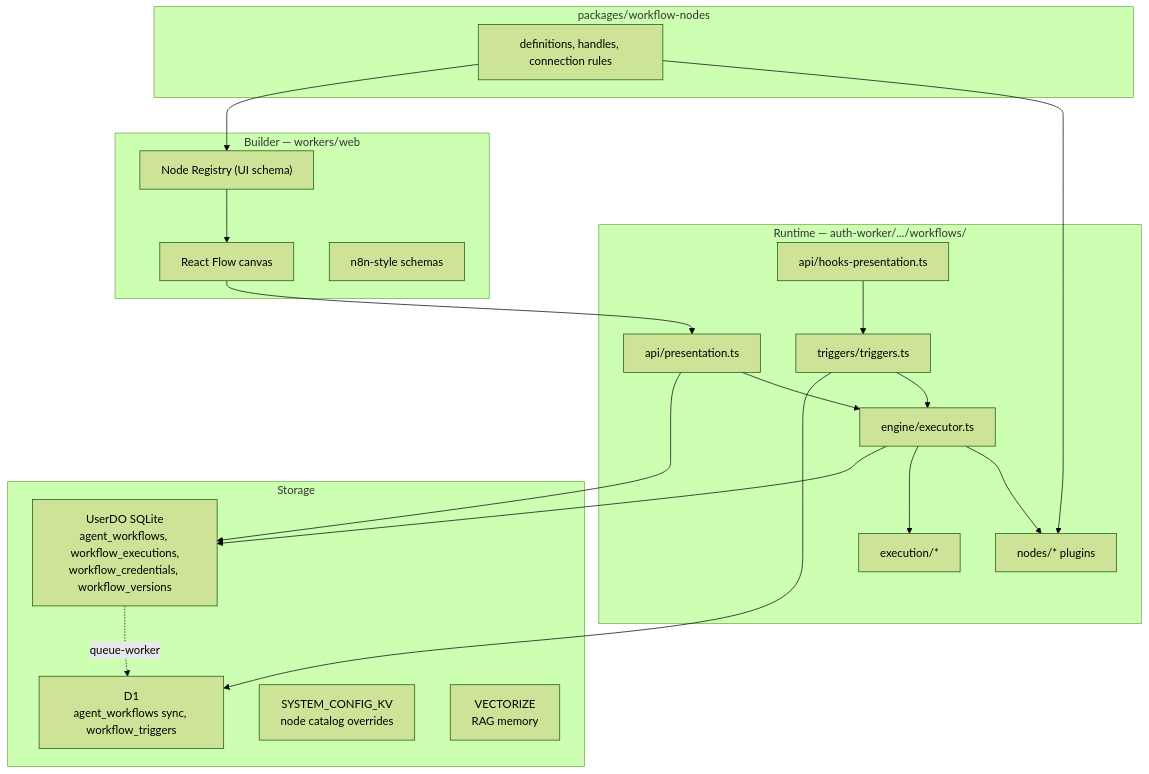
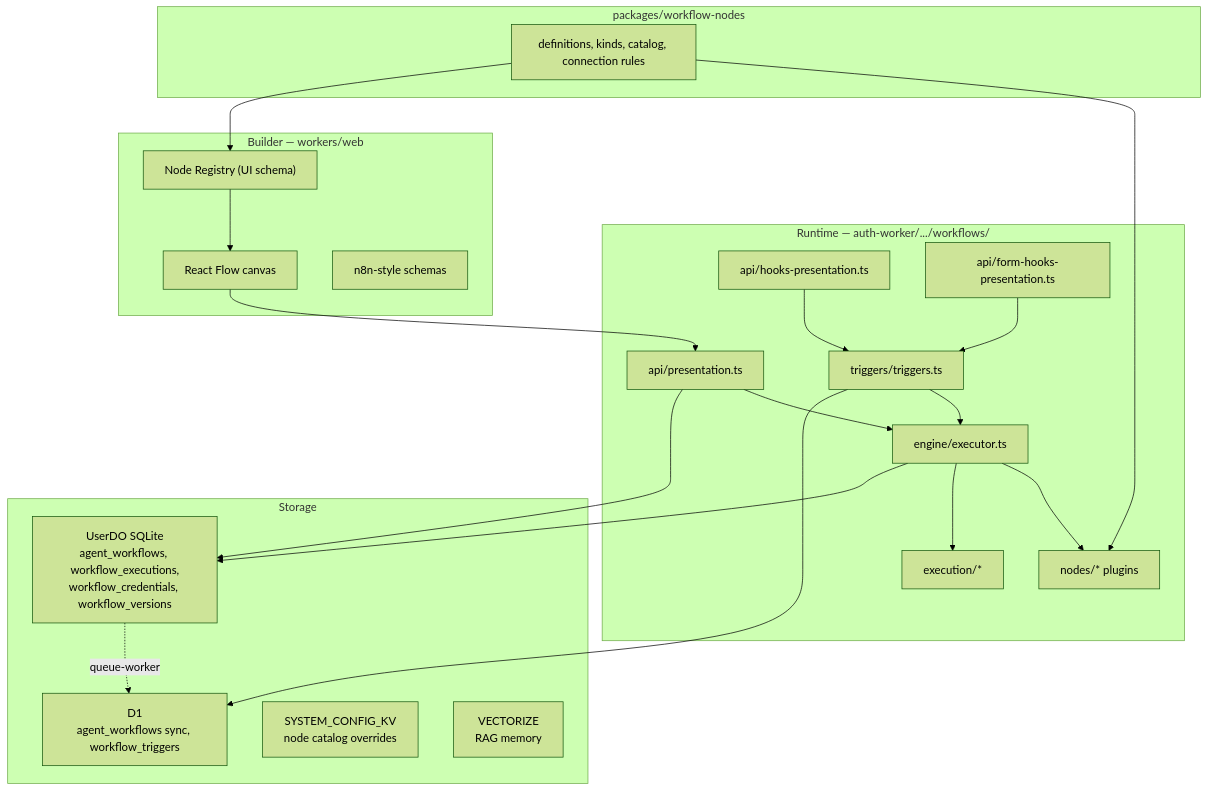
Before and after one commit to trantuan-vn/aiagents-hub: the first of 2 diagrams in docs/workflow-architecture.md, drawn with Mermaid (forest theme). The commit also changed other lines of this file and 34 other files, not shown here.

````diff
--- a/docs/workflow-architecture.md
+++ b/docs/workflow-architecture.md
@@ -54,41 +58,43 @@
 ```mermaid
 flowchart TB
   subgraph FE["Builder — workers/web"]
     Canvas["React Flow canvas"]
     Registry["Node Registry (UI schema)"]
     N8n["n8n-style schemas"]
   end
 
   subgraph Shared["packages/workflow-nodes"]
-    Defs["definitions, handles, connection rules"]
+    Defs["definitions, kinds, catalog, connection rules"]
   end
 
   subgraph BE["Runtime — auth-worker/.../workflows/"]
     API["api/presentation.ts"]
     Hooks["api/hooks-presentation.ts"]
+    FormHooks["api/form-hooks-presentation.ts"]
     Triggers["triggers/triggers.ts"]
     Engine["engine/executor.ts"]
     Nodes["nodes/* plugins"]
     Exec["execution/*"]
   end
 
   subgraph Store["Storage"]
     DO["UserDO SQLite\nagent_workflows, workflow_executions,\nworkflow_credentials, workflow_versions"]
     D1["D1\nagent_workflows sync, workflow_triggers"]
     KV["SYSTEM_CONFIG_KV\nnode catalog overrides"]
     Vec["VECTORIZE\nRAG memory"]
   end
 
   Canvas --> API
   Registry --> Canvas
   Defs --> Nodes
   Defs --> Registry
   API --> Engine
   Hooks --> Triggers --> Engine
+  FormHooks --> Triggers
   Engine --> Nodes
   Engine --> Exec
   Engine --> DO
   Triggers --> D1
   API --> DO
   DO -.->|"queue-worker"| D1
 ```
````
